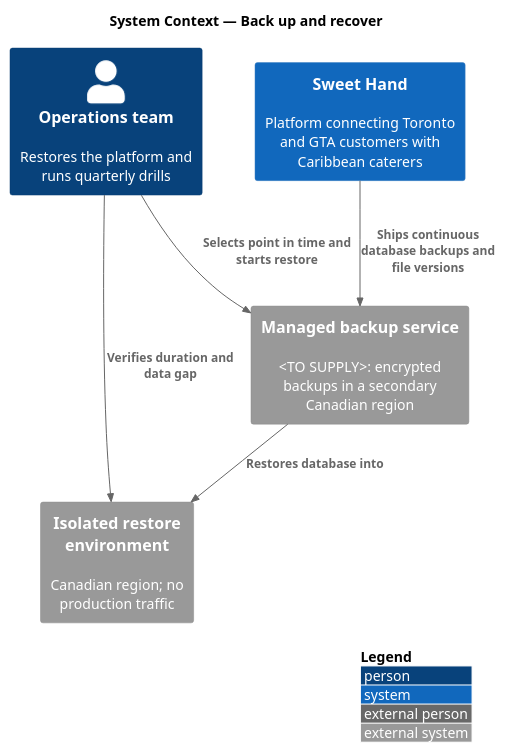
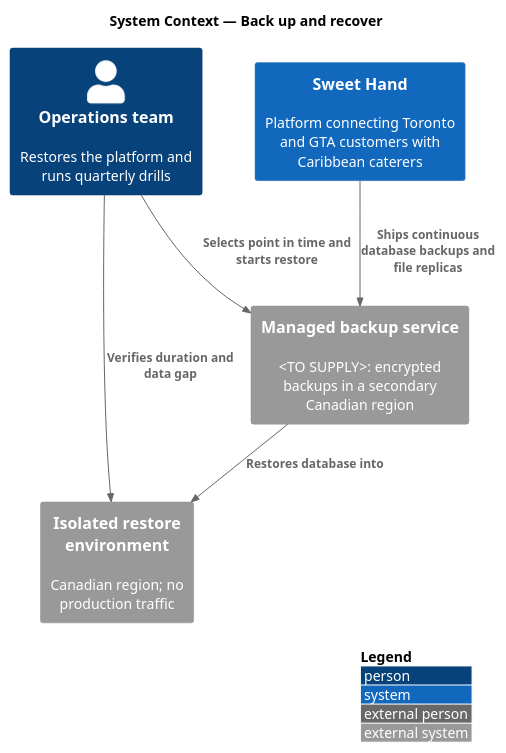
Before and after one commit to QuinntyneBrown/sweet-hand: the diagram in docs/detailed-designs/platform/back-up-and-recover/diagrams/c4-context.puml, drawn with PlantUML. The commit also changed 17 other files, not shown here.

```diff
--- a/docs/detailed-designs/platform/back-up-and-recover/diagrams/c4-context.puml
+++ b/docs/detailed-designs/platform/back-up-and-recover/diagrams/c4-context.puml
@@ -1,15 +1,15 @@
 @startuml
 !include <C4/C4_Context>
 LAYOUT_WITH_LEGEND()
 title System Context — Back up and recover
 
 Person(ops, "Operations team", "Restores the platform and runs quarterly drills")
 System(sweethand, "Sweet Hand", "Platform connecting Toronto and GTA customers with Caribbean caterers")
 System_Ext(backup, "Managed backup service", "<TO SUPPLY>: encrypted backups in a secondary Canadian region")
 System_Ext(restore, "Isolated restore environment", "Canadian region; no production traffic")
 
-Rel(sweethand, backup, "Ships continuous database backups and file versions")
+Rel(sweethand, backup, "Ships continuous database backups and file replicas")
 Rel(ops, backup, "Selects point in time and starts restore")
 Rel(backup, restore, "Restores database into")
 Rel(ops, restore, "Verifies duration and data gap")
 @enduml
```
